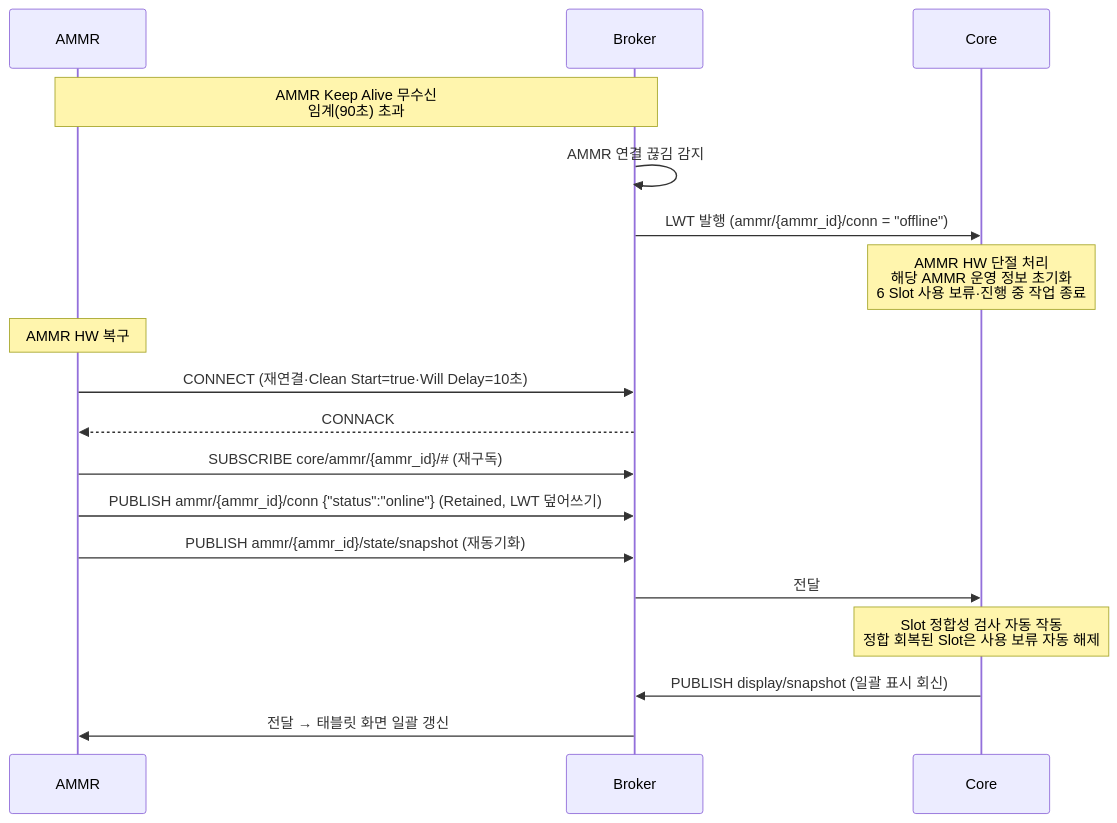
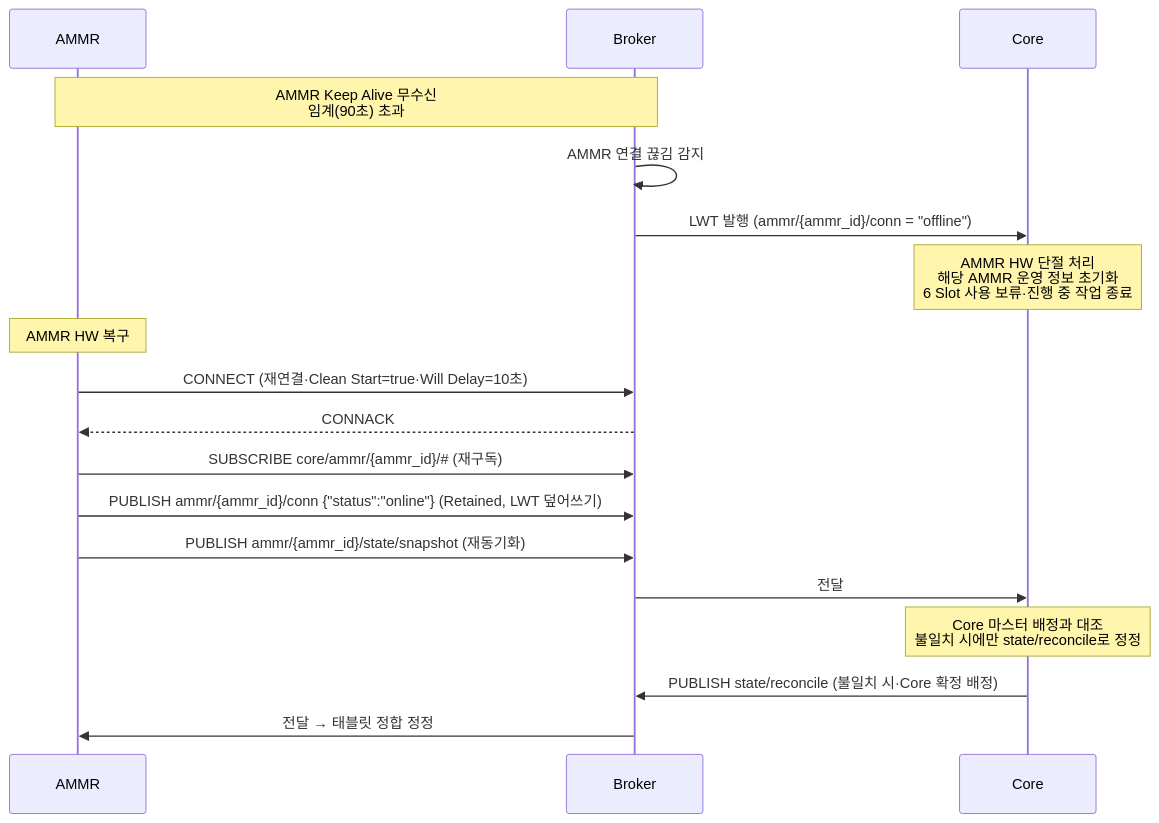
Before and after one commit to kimminsu0315/Core-Docs: diagram 12 of 13 in docs/out/Core_ICD_AMMR.md, drawn with Mermaid. The commit also changed other lines of this file and 8 other files, not shown here.

````diff
--- a/docs/out/Core_ICD_AMMR.md
+++ b/docs/out/Core_ICD_AMMR.md
@@ -1159,22 +1029,22 @@
 ```mermaid
 sequenceDiagram
     participant A as AMMR
     participant B as Broker
     participant C as Core
 
     Note over A,B: AMMR Keep Alive 무수신<br/>임계(90초) 초과
     B->>B: AMMR 연결 끊김 감지
     B->>C: LWT 발행 (ammr/{ammr_id}/conn = "offline")
     Note over C: AMMR HW 단절 처리<br/>해당 AMMR 운영 정보 초기화<br/>6 Slot 사용 보류·진행 중 작업 종료
 
     Note over A: AMMR HW 복구
     A->>B: CONNECT (재연결·Clean Start=true·Will Delay=10초)
     B-->>A: CONNACK
     A->>B: SUBSCRIBE core/ammr/{ammr_id}/#35; (재구독)
     A->>B: PUBLISH ammr/{ammr_id}/conn {"status":"online"} (Retained, LWT 덮어쓰기)
     A->>B: PUBLISH ammr/{ammr_id}/state/snapshot (재동기화)
     B->>C: 전달
-    Note over C: Slot 정합성 검사 자동 작동<br/>정합 회복된 Slot은 사용 보류 자동 해제
-    C->>B: PUBLISH display/snapshot (일괄 표시 회신)
-    B->>A: 전달 → 태블릿 화면 일괄 갱신
+    Note over C: Core 마스터 배정과 대조<br/>불일치 시에만 state/reconcile로 정정
+    C->>B: PUBLISH state/reconcile (불일치 시·Core 확정 배정)
+    B->>A: 전달 → 태블릿 정합 정정
 ```
````
